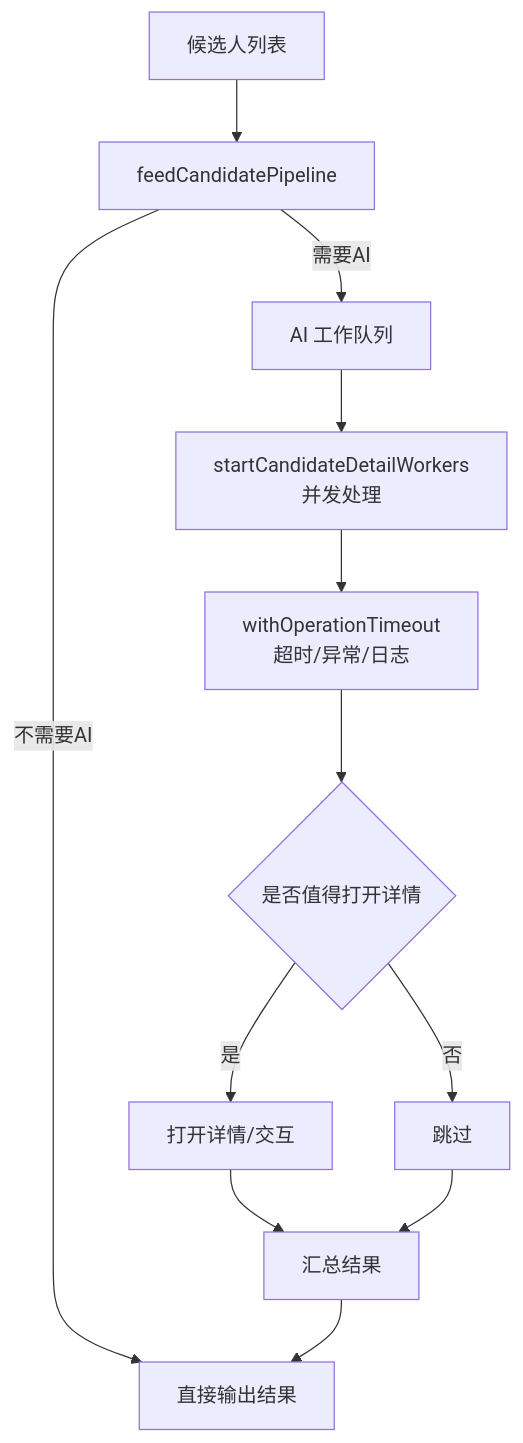
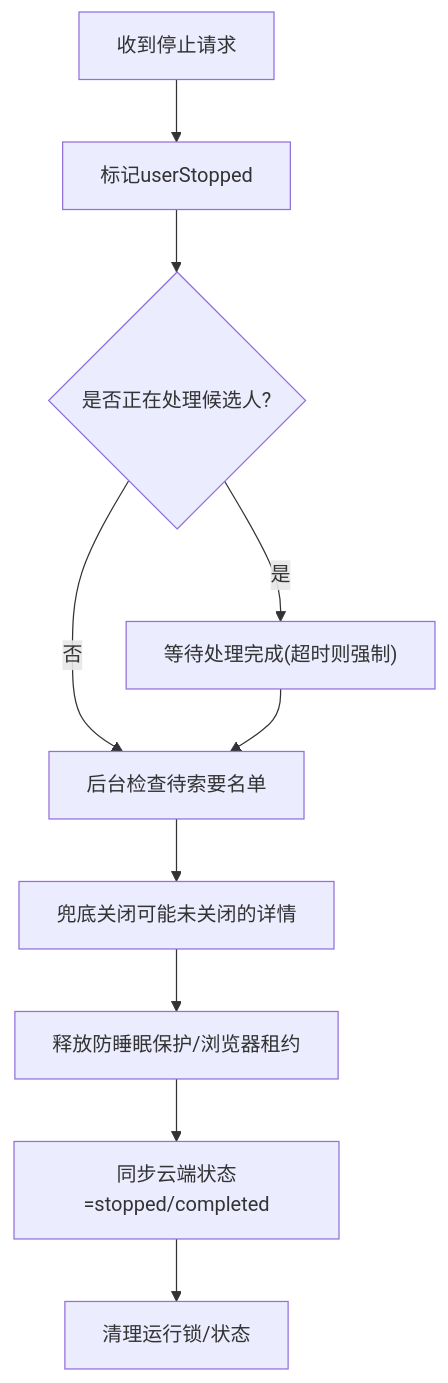
Before and after one commit to alvinwangzi/goodhr: the fifth of 9 diagrams in .qoder/repowiki/zh/content/本地执行器/任务调度/生命周期管理.md, drawn with Mermaid. The commit also changed other lines of this file and 149 other files, not shown here.

````diff
--- a/.qoder/repowiki/zh/content/本地执行器/任务调度/生命周期管理.md
+++ b/.qoder/repowiki/zh/content/本地执行器/任务调度/生命周期管理.md
@@ -267,14 +216,12 @@
 ```mermaid
 flowchart TD
-In["候选人列表"] --> Feed["feedCandidatePipeline"]
-Feed --> |需要AI| AIQ["AI 工作队列"]
-Feed --> |不需要AI| Out["直接输出结果"]
-AIQ --> Workers["startCandidateDetailWorkers<br/>并发处理"]
-Workers --> Timeout["withOperationTimeout<br/>超时/异常/日志"]
-Timeout --> Decision{"是否值得打开详情"}
-Decision --> |是| Open["打开详情/交互"]
-Decision --> |否| Skip["跳过"]
-Open --> Result["汇总结果"]
-Skip --> Result
-Result --> Out
+StopReq["收到停止请求"] --> Mark["标记userStopped"]
+Mark --> Wait{"是否正在处理候选人?"}
+Wait -- 是 --> Graceful["等待处理完成(超时则强制)"]
+Wait -- 否 --> Async["后台检查待索要名单"]
+Graceful --> Async
+Async --> CloseDetail["兜底关闭可能未关闭的详情"]
+CloseDetail --> Release["释放防睡眠保护/浏览器租约"]
+Release --> SyncEnd["同步云端状态=stopped/completed"]
+SyncEnd --> Clear["清理运行锁/状态"]
 ```
````
